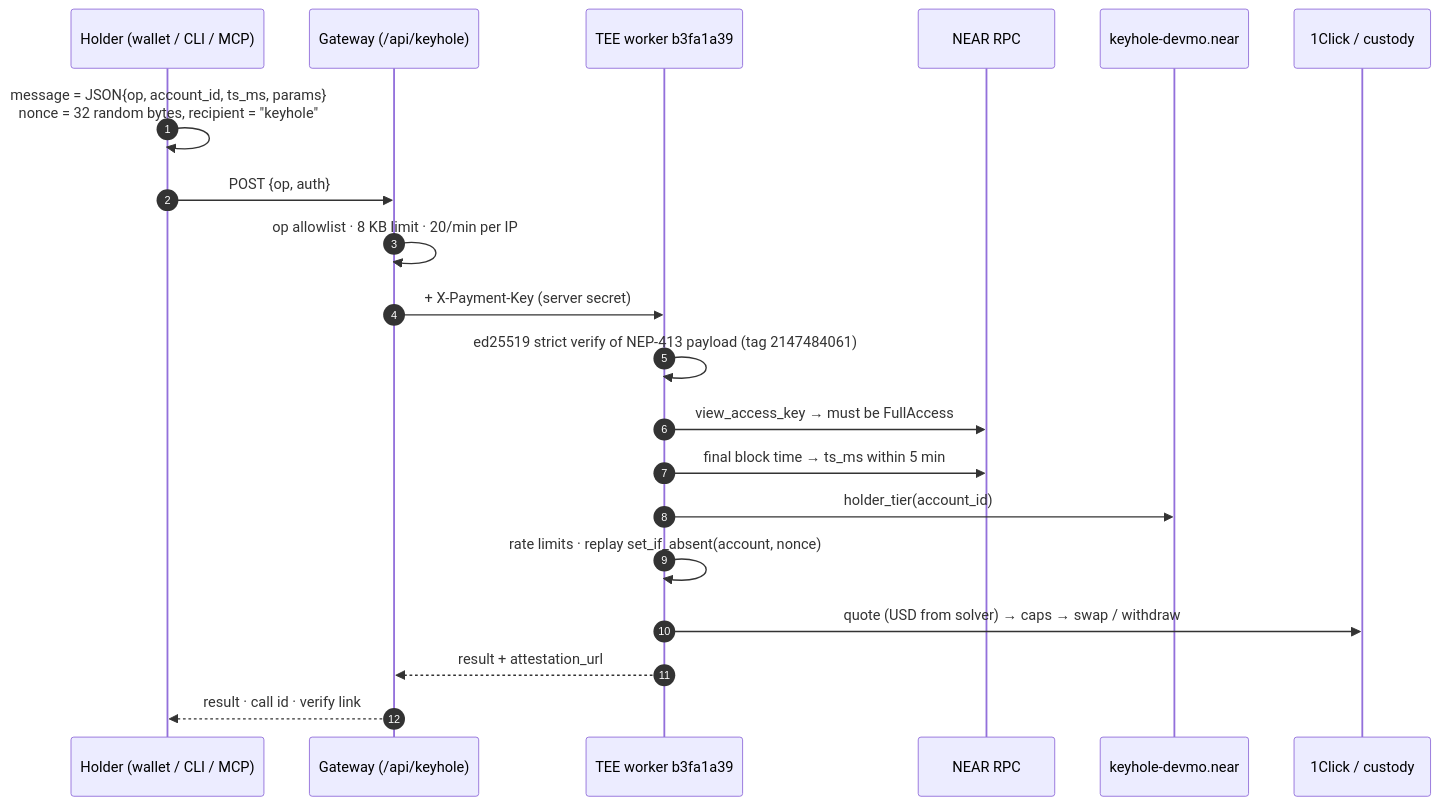
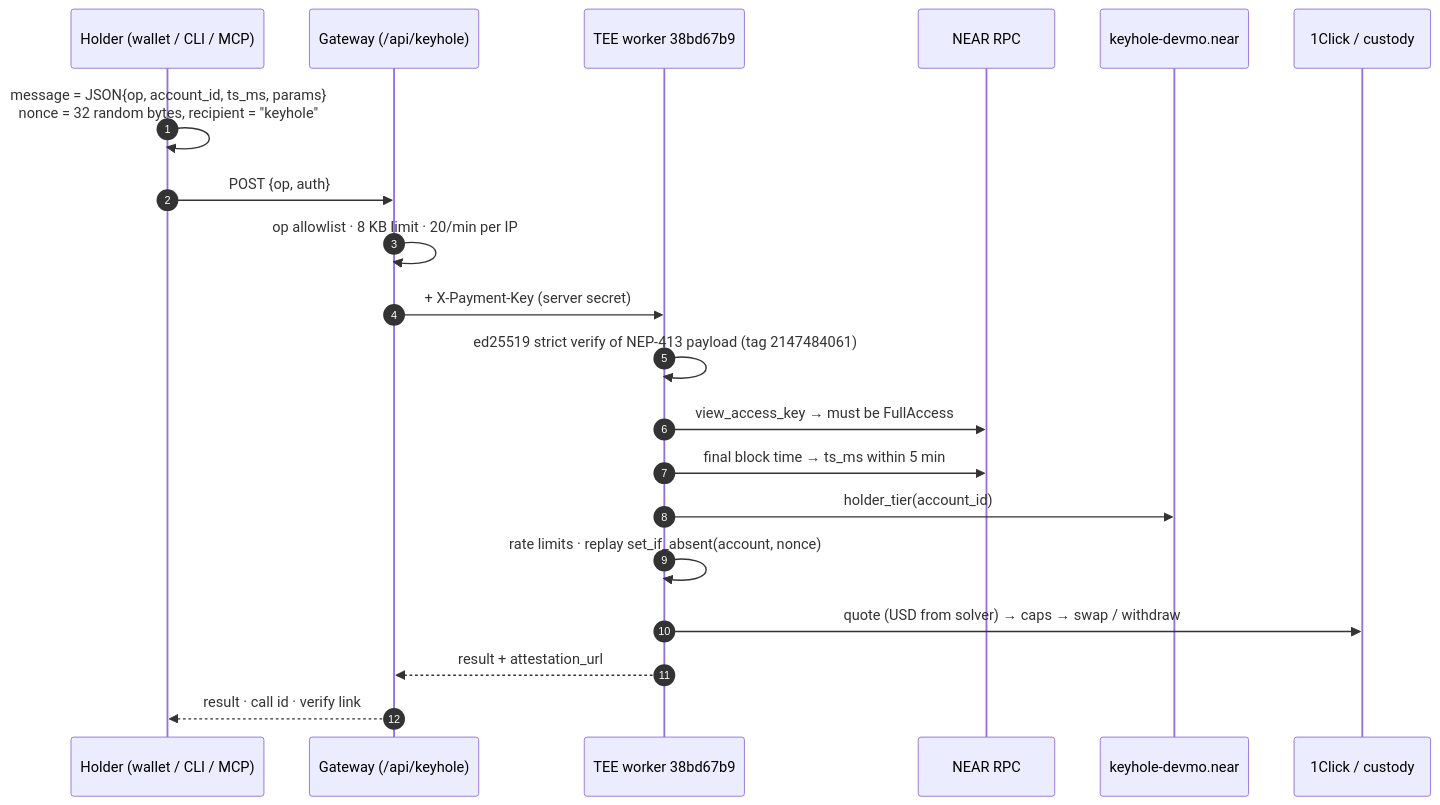
The second of 2 diagrams in README.md (mohamedwael201193/keyhole), drawn with Mermaid before and after one commit. The commit also changed other lines of this file and 9 other files, not shown here.

````diff
--- a/README.md
+++ b/README.md
@@ -247,22 +248,22 @@
 ```mermaid
 sequenceDiagram
   autonumber
   participant U as Holder (wallet / CLI / MCP)
   participant G as Gateway (/api/keyhole)
-  participant T as TEE worker b3fa1a39
+  participant T as TEE worker 38bd67b9
   participant R as NEAR RPC
   participant K as keyhole-devmo.near
   participant X as 1Click / custody
   U->>U: message = JSON{op, account_id, ts_ms, params}<br/>nonce = 32 random bytes, recipient = "keyhole"
   U->>G: POST {op, auth}
   G->>G: op allowlist · 8 KB limit · 20/min per IP
   G->>T: + X-Payment-Key (server secret)
   T->>T: ed25519 strict verify of NEP-413 payload (tag 2147484061)
   T->>R: view_access_key → must be FullAccess
   T->>R: final block time → ts_ms within 5 min
   T->>K: holder_tier(account_id)
   T->>T: rate limits · replay set_if_absent(account, nonce)
   T->>X: quote (USD from solver) → caps → swap / withdraw
   T-->>G: result + attestation_url
   G-->>U: result · call id · verify link
 ```
````
